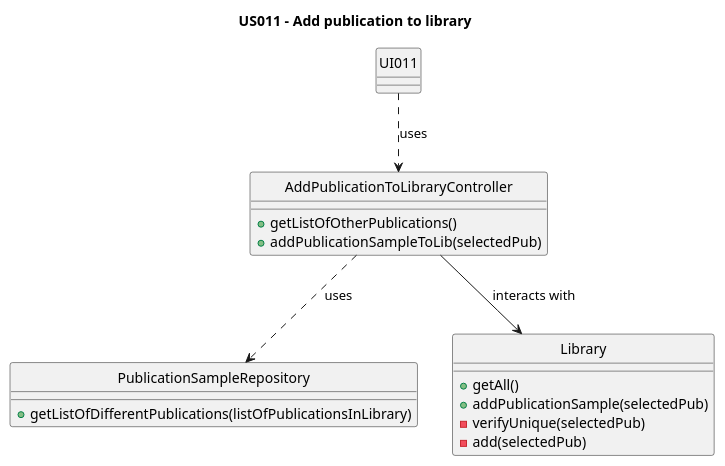
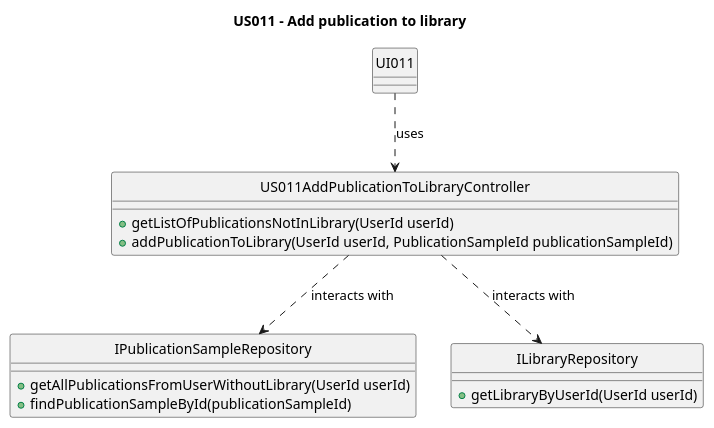
The diagram in Diagrams/ClassDiagrams/US011-to-add-a-publication-to-library.puml (AndrePereiraGitH/SWitCH-Project-Team_A), drawn with PlantUML before and after one commit. The commit also changed 1 other file, not shown here.

```diff
--- a/Diagrams/ClassDiagrams/US011-to-add-a-publication-to-library.puml
+++ b/Diagrams/ClassDiagrams/US011-to-add-a-publication-to-library.puml
@@ -1,37 +1,37 @@
 @startuml
 title US011 - Add publication to library
 hide circle
 
 class UI011 {
 }
 
-class AddPublicationToLibraryController {
-    + getListOfOtherPublications()
-    + addPublicationSampleToLib(selectedPub)
+class US011AddPublicationToLibraryController {
+    + getListOfPublicationsNotInLibrary(UserId userId)
+    + addPublicationToLibrary(UserId userId, PublicationSampleId publicationSampleId)
 }
 
 
 
-class PublicationSampleRepository {
-    + getListOfDifferentPublications(listOfPublicationsInLibrary)
+class IPublicationSampleRepository {
+    + getAllPublicationsFromUserWithoutLibrary(UserId userId)
+    +findPublicationSampleById(publicationSampleId)
+
 }
 
 
 
-class Library {
-    + getAll()
-    + addPublicationSample(selectedPub)
-    - verifyUnique(selectedPub)
-    - add(selectedPub)
+class ILibraryRepository {
+    + getLibraryByUserId(UserId userId)
+
 }
 
 
 ' ---------------- Relationships ----------------
 
-UI011 ..> AddPublicationToLibraryController : uses
-AddPublicationToLibraryController ..> PublicationSampleRepository:uses
-AddPublicationToLibraryController -->Library : interacts with
+UI011 ..> US011AddPublicationToLibraryController : uses
+US011AddPublicationToLibraryController ..> IPublicationSampleRepository: interacts with
+US011AddPublicationToLibraryController ..>ILibraryRepository : interacts with
 
 
 
 @enduml
```
